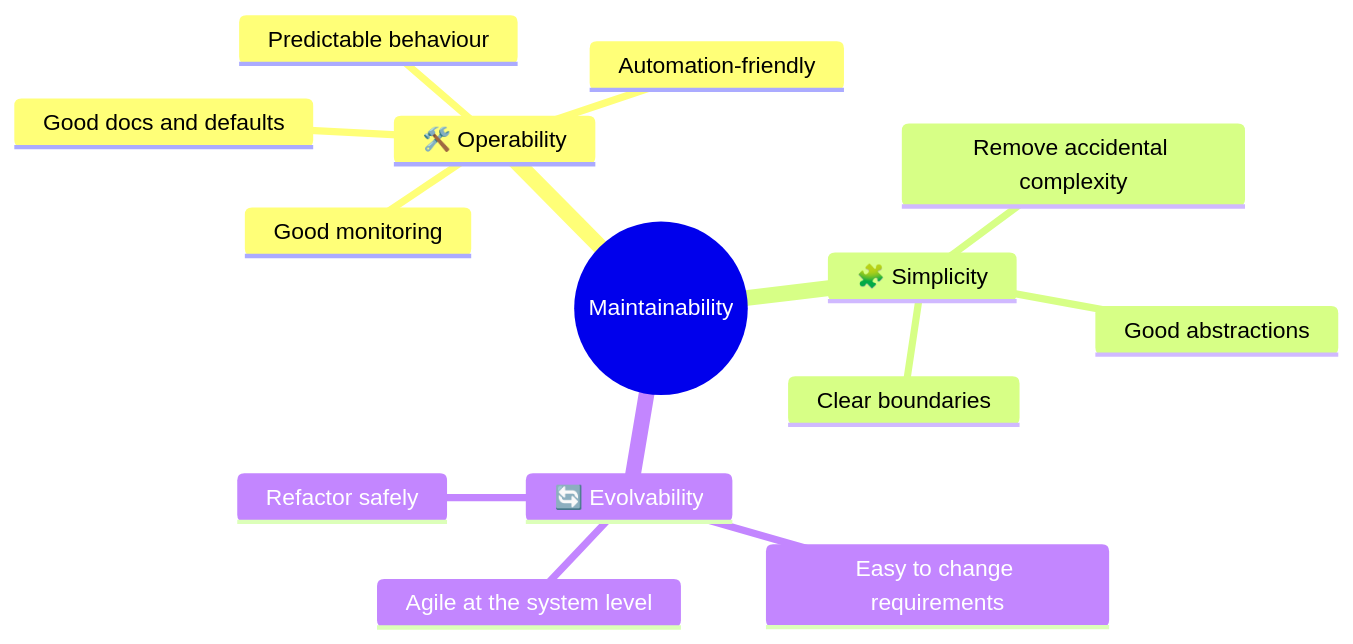
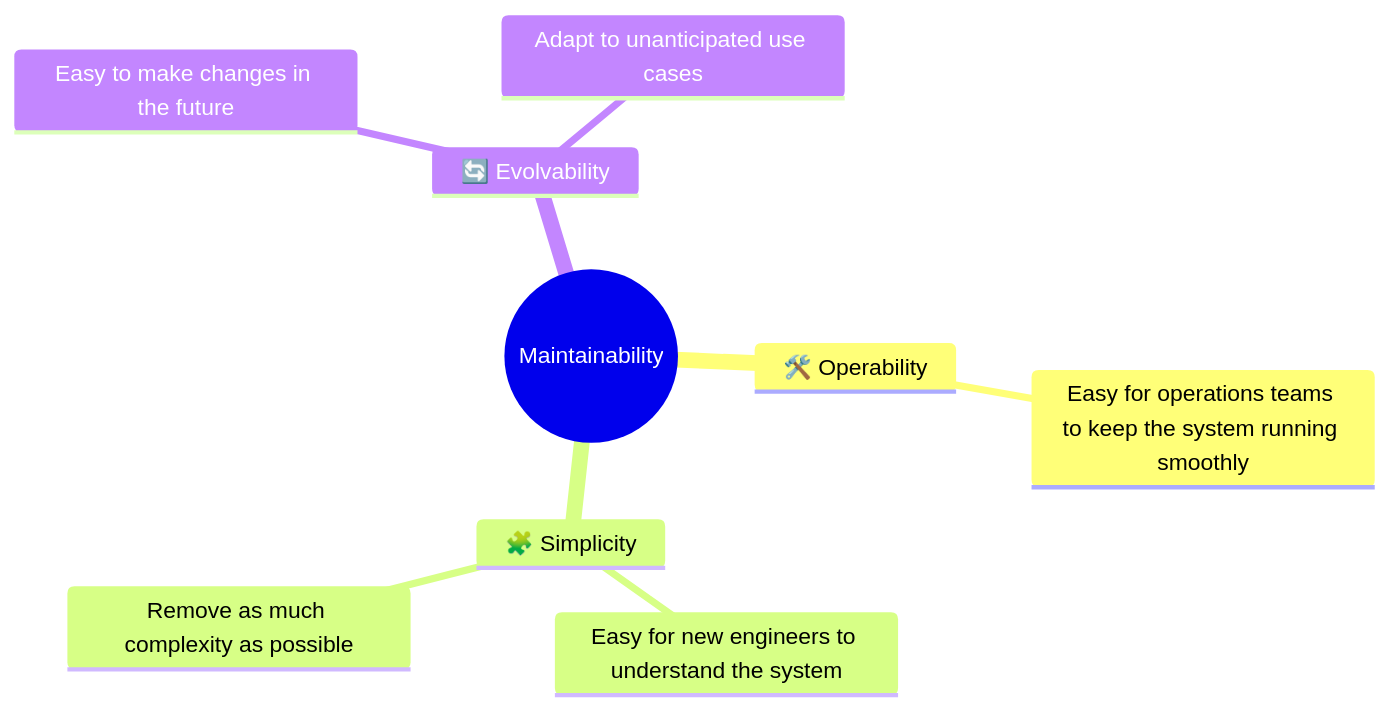
The eighth of 9 diagrams in docs/chapters/part-1/01-reliable-scalable-maintainable.mdx (pratikguru998/ddia-book), drawn with Mermaid before and after one commit. The commit also changed other lines of this file and 13 other files, not shown here.

Commit message:
Expand all 12 chapters: every book subsection, deeper notes, ~320 diagrams

````diff
--- a/docs/chapters/part-1/01-reliable-scalable-maintainable.mdx
+++ b/docs/chapters/part-1/01-reliable-scalable-maintainable.mdx
@@ -145,17 +361,12 @@
 ```mermaid
 mindmap
   root((Maintainability))
     🛠️ Operability
-      Good monitoring
-      Automation-friendly
-      Predictable behaviour
-      Good docs and defaults
+      Easy for operations teams to keep the system running smoothly
     🧩 Simplicity
-      Remove accidental complexity
-      Good abstractions
-      Clear boundaries
+      Easy for new engineers to understand the system
+      Remove as much complexity as possible
     🔄 Evolvability
-      Easy to change requirements
-      Agile at the system level
-      Refactor safely
+      Easy to make changes in the future
+      Adapt to unanticipated use cases
 ```
````
